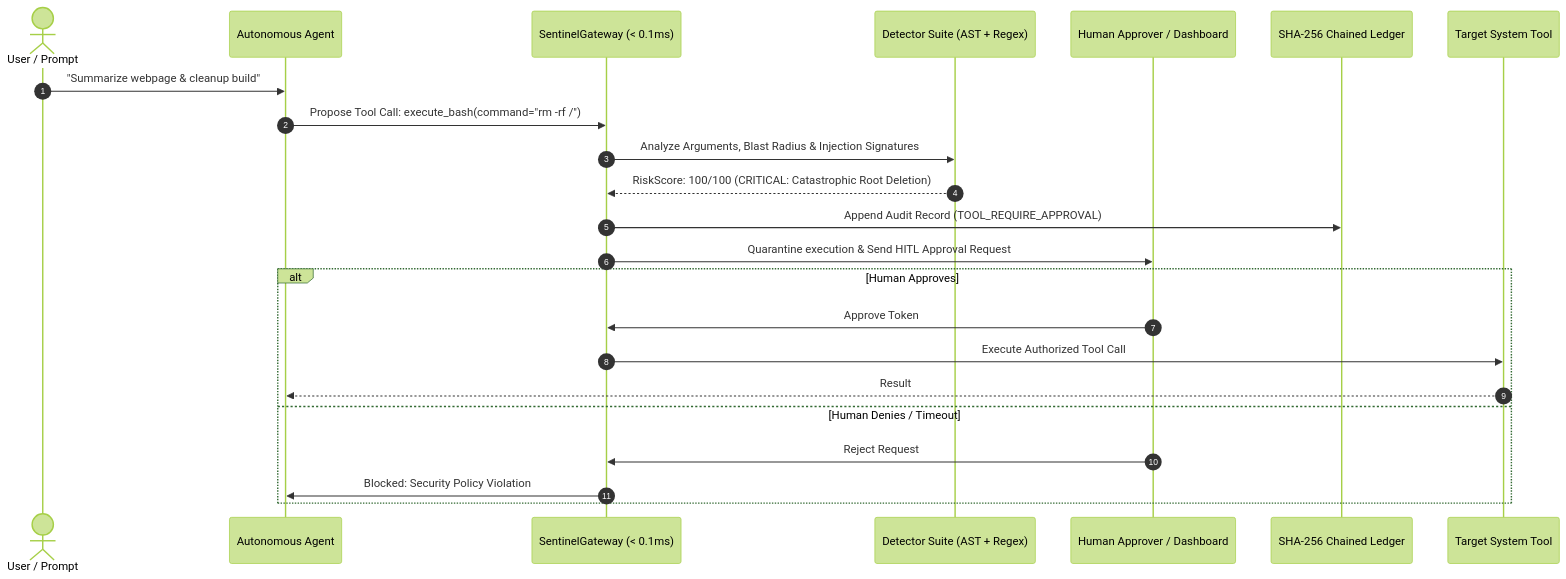
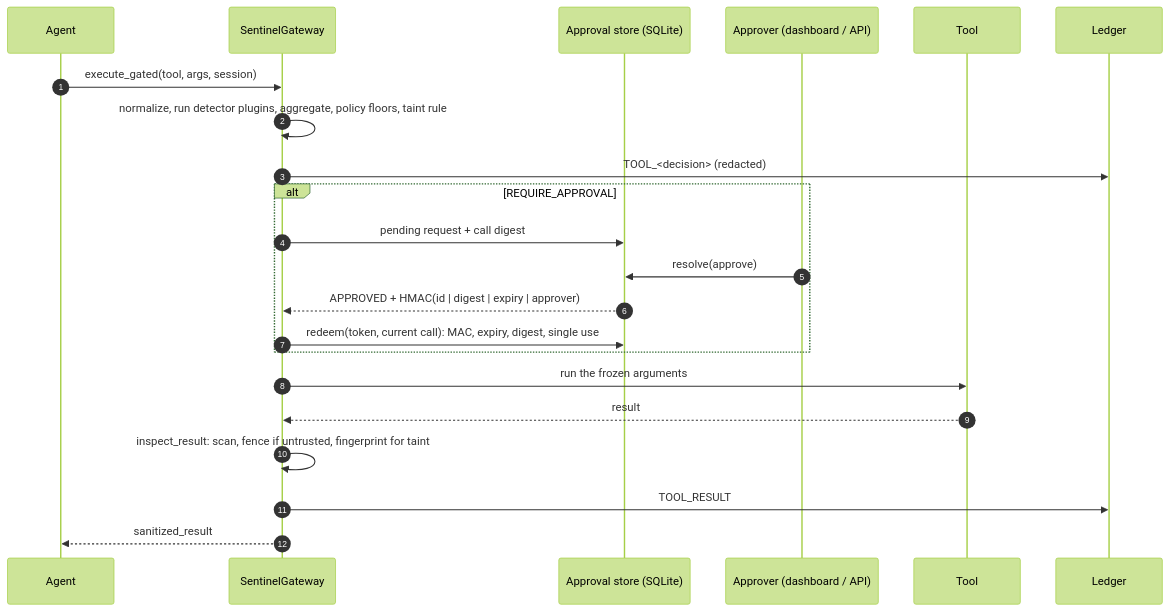
The diagram in docs/ARCHITECTURE.md (Chirudeva-Reddy/sentinel-agent), drawn with Mermaid (forest theme) before and after one commit. The commit also changed other lines of this file and 17 other files, not shown here.

````diff
--- a/docs/ARCHITECTURE.md
+++ b/docs/ARCHITECTURE.md
@@ -13,26 +24,25 @@
 ```mermaid
 sequenceDiagram
     autonumber
-    actor User as User / Prompt
-    participant Agent as Autonomous Agent
-    participant Gateway as SentinelGateway (< 0.1ms)
-    participant Detectors as Detector Suite (AST + Regex)
-    participant Approver as Human Approver / Dashboard
-    participant Ledger as SHA-256 Chained Ledger
-    participant Tool as Target System Tool
+    participant Agent
+    participant GW as SentinelGateway
+    participant Store as Approval store (SQLite)
+    participant Human as Approver (dashboard / API)
+    participant Tool
+    participant Ledger
 
-    User->>Agent: "Summarize webpage & cleanup build"
-    Agent->>Gateway: Propose Tool Call: execute_bash(command="rm -rf /")
-    Gateway->>Detectors: Analyze Arguments, Blast Radius & Injection Signatures
-    Detectors-->>Gateway: RiskScore: 100/100 (CRITICAL: Catastrophic Root Deletion)
-    Gateway->>Ledger: Append Audit Record (TOOL_REQUIRE_APPROVAL)
-    Gateway->>Approver: Quarantine execution & Send HITL Approval Request
-    alt Human Approves
-        Approver->>Gateway: Approve Token
-        Gateway->>Tool: Execute Authorized Tool Call
-        Tool-->>Agent: Result
-    else Human Denies / Timeout
-        Approver->>Gateway: Reject Request
-        Gateway->>Agent: Blocked: Security Policy Violation
+    Agent->>GW: execute_gated(tool, args, session)
+    GW->>GW: normalize, run detector plugins, aggregate, policy floors, taint rule
+    GW->>Ledger: TOOL_<decision> (redacted)
+    alt REQUIRE_APPROVAL
+        GW->>Store: pending request + call digest
+        Human->>Store: resolve(approve)
+        Store-->>GW: APPROVED + HMAC(id | digest | expiry | approver)
+        GW->>Store: redeem(token, current call): MAC, expiry, digest, single use
     end
+    GW->>Tool: run the frozen arguments
+    Tool-->>GW: result
+    GW->>GW: inspect_result: scan, fence if untrusted, fingerprint for taint
+    GW->>Ledger: TOOL_RESULT
+    GW-->>Agent: sanitized_result
 ```
````
